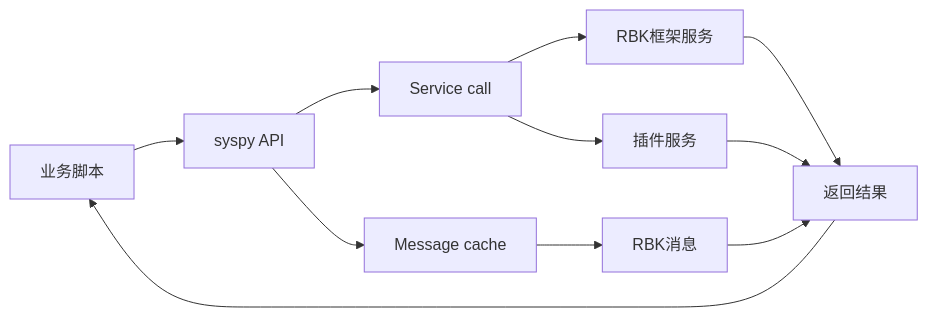
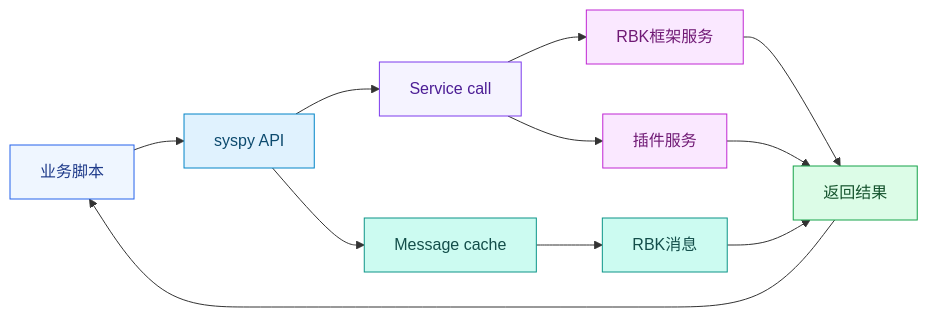
One commit to chl1123/chl1123.github.io changed the third of 5 diagrams in docs/guide/tutorial.md. Above: the diagram before and after it, drawn with Mermaid. The commit also changed other lines of this file and 4 other files, not shown here.

Commit message:
feat: m-7044389795 修复 mermaid 渲染、增加配色

````diff
--- a/docs/guide/tutorial.md
+++ b/docs/guide/tutorial.md
@@ -445,13 +467,26 @@
 ```mermaid
 flowchart LR
     A["业务脚本"] --> B["syspy API"]
     B --> C["Service call"]
     B --> D["Message cache"]
     C --> E["RBK框架服务"]
     C --> F["插件服务"]
     D --> G["RBK消息"]
     E --> H["返回结果"]
     F --> H
     G --> H
     H --> A
+
+    classDef script fill:#EFF6FF,stroke:#2563EB,color:#1E3A8A
+    classDef api fill:#E0F2FE,stroke:#0284C7,color:#0C4A6E
+    classDef service fill:#F5F3FF,stroke:#7C3AED,color:#4C1D95
+    classDef message fill:#CCFBF1,stroke:#0D9488,color:#134E4A
+    classDef rbk fill:#FAE8FF,stroke:#C026D3,color:#701A75
+    classDef result fill:#DCFCE7,stroke:#16A34A,color:#14532D
+    class A script
+    class B api
+    class C service
+    class D,G message
+    class E,F rbk
+    class H result
 ```
````
